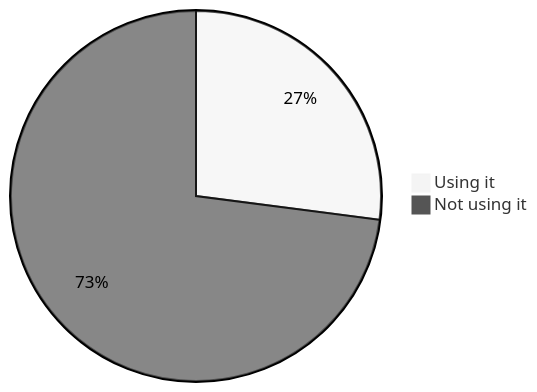
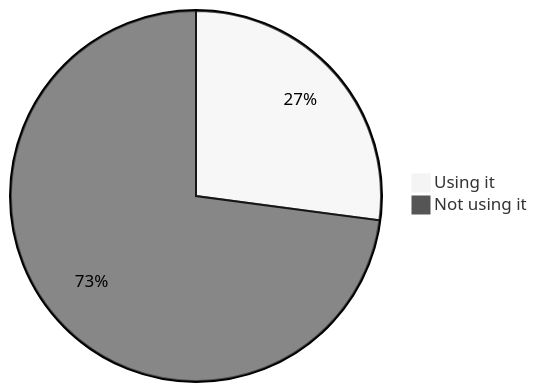
Diagram 16 of 22 in stats.md (oshp/oshp-stats), drawn with Mermaid (neutral theme) before and after one commit. The commit also changed other lines of this file, not shown here.

````diff
--- a/stats.md
+++ b/stats.md
@@ -190,6 +190,6 @@
 ```mermaid
 pie
-	"Using it" : 27.05
-	"Not using it" : 72.95
+	"Using it" : 27.1
+	"Not using it" : 72.9
 
 ```
````
